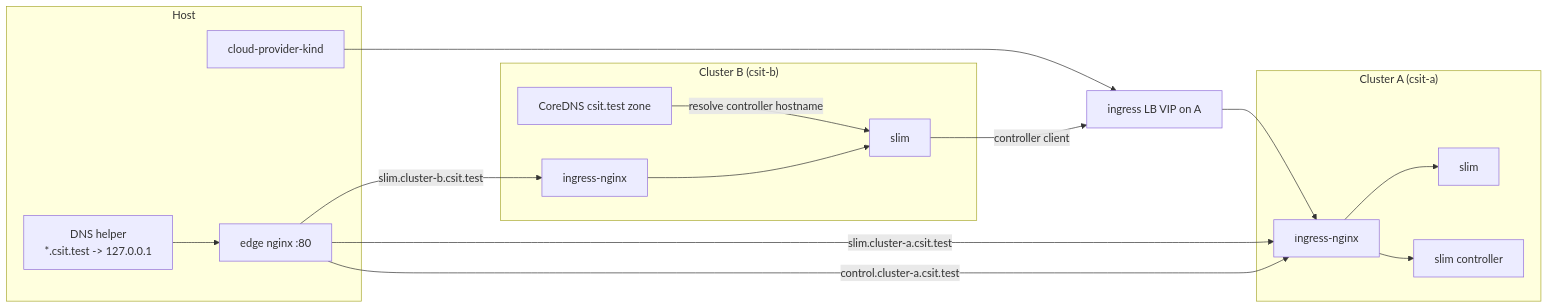
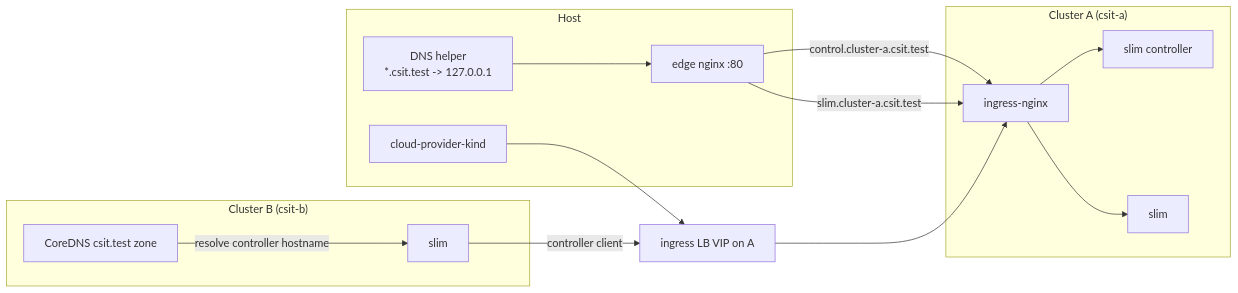
Before and after one commit to agntcy/csit: the diagram in kind-slim-multi-host/README.md, drawn with Mermaid. The commit also changed other lines of this file and 21 other files, not shown here.

````diff
--- a/kind-slim-multi-host/README.md
+++ b/kind-slim-multi-host/README.md
@@ -100,32 +73,29 @@
 ```mermaid
 flowchart LR
   subgraph H["Host"]
     CP["cloud-provider-kind"]
     D["DNS helper<br/>*.csit.test -> 127.0.0.1"]
     E["edge nginx :80"]
   end
   D --> E
   CP --> LBA["ingress LB VIP on A"]
 
   subgraph clusterA ["Cluster A (csit-a)"]
     AIN["ingress-nginx"]
     CTR["slim controller"]
     SLA["slim"]
   end
 
   subgraph clusterB ["Cluster B (csit-b)"]
     BCD["CoreDNS csit.test zone"]
-    BIN["ingress-nginx"]
     SLB["slim"]
   end
 
   E -->|"control.cluster-a.csit.test"| AIN
   E -->|"slim.cluster-a.csit.test"| AIN
-  E -->|"slim.cluster-b.csit.test"| BIN
   LBA --> AIN
   AIN --> CTR
   AIN --> SLA
-  BIN --> SLB
   SLB -->|"controller client"| LBA
   BCD -->|"resolve controller hostname"| SLB
 ```
````
